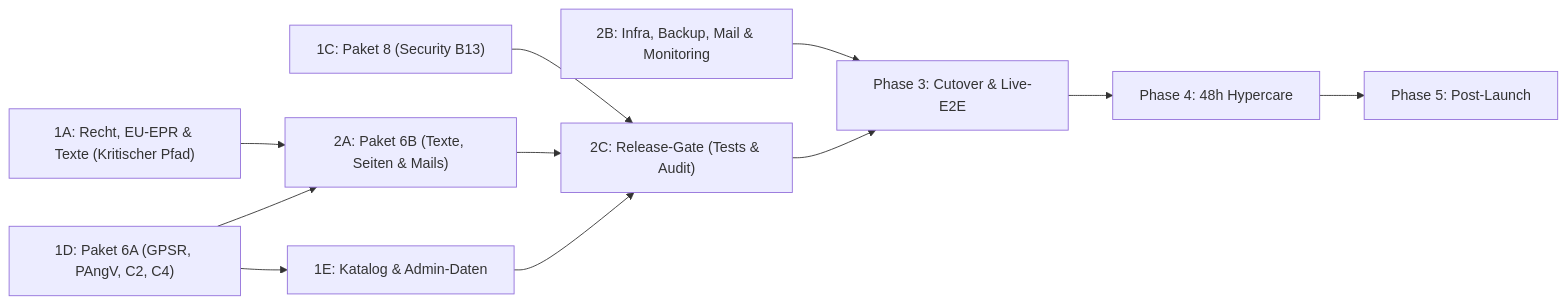
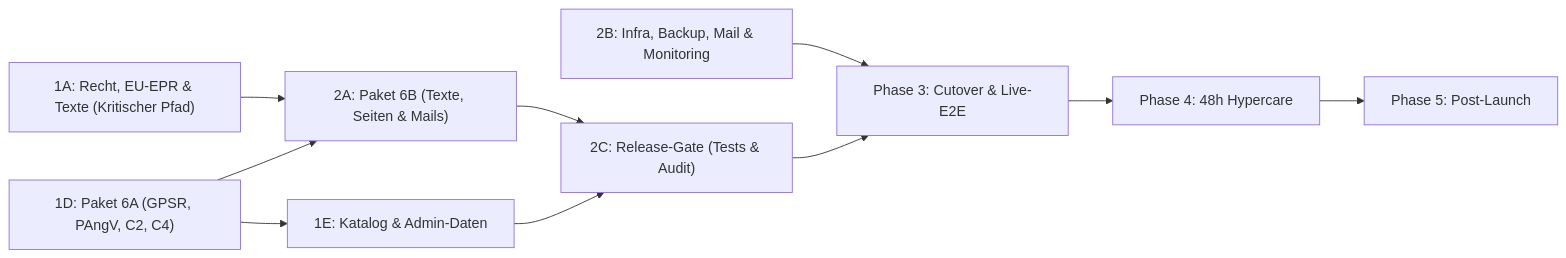
The diagram in docs/golive/README.md (bitstorm-tech/voenix-shop-kotlin), drawn with Mermaid before and after one commit. The commit also changed other lines of this file and 39 other files, not shown here.

````diff
--- a/docs/golive/README.md
+++ b/docs/golive/README.md
@@ -33,24 +31,22 @@
 ```mermaid
 flowchart LR
     S1A["1A: Recht, EU-EPR & Texte (Kritischer Pfad)"]
-    S1C["1C: Paket 8 (Security B13)"]
     S1D["1D: Paket 6A (GPSR, PAngV, C2, C4)"]
     S1E["1E: Katalog & Admin-Daten"]
     S2A["2A: Paket 6B (Texte, Seiten & Mails)"]
     S2B["2B: Infra, Backup, Mail & Monitoring"]
     S2C["2C: Release-Gate (Tests & Audit)"]
     P3["Phase 3: Cutover & Live-E2E"]
     P4["Phase 4: 48h Hypercare"]
     P5["Phase 5: Post-Launch"]
 
     S1A --> S2A
     S1D --> S2A
     S1D --> S1E
-    S1C --> S2C
     S1E --> S2C
     S2A --> S2C
     S2B --> P3
     S2C --> P3
     P3 --> P4
     P4 --> P5
 ```
````
